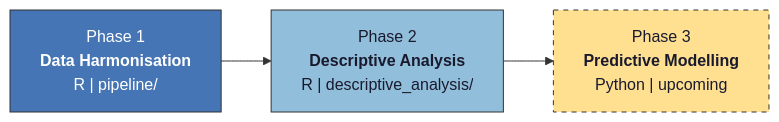
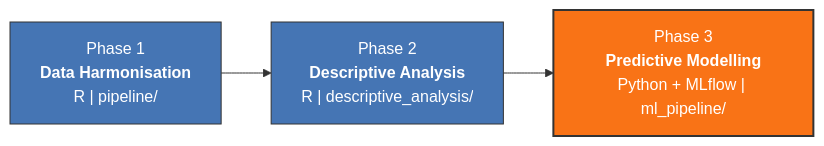
Before and after one commit to Audency/Predictive-modelling-stillbirths-neonatal-deaths-SSA: the diagram in README.md, drawn with Mermaid. The commit also changed other lines of this file, not shown here.

First line of the commit message:
README: move Phase 3 (Predictive Modelling) to In Progress with ml_pipeline/ + MLflow section

````diff
--- a/README.md
+++ b/README.md
@@ -51,8 +53,8 @@
 ```mermaid
 graph LR
     A["Phase 1<br/><b>Data Harmonisation</b><br/>R | pipeline/"] --> B["Phase 2<br/><b>Descriptive Analysis</b><br/>R | descriptive_analysis/"]
-    B --> C["Phase 3<br/><b>Predictive Modelling</b><br/>Python | upcoming"]
+    B --> C["Phase 3<br/><b>Predictive Modelling</b><br/>Python + MLflow | ml_pipeline/"]
     style A fill:#4575b4,color:#fff,stroke:#333
-    style B fill:#91bfdb,color:#1a1a2e,stroke:#333
-    style C fill:#fee090,color:#1a1a2e,stroke:#333,stroke-dasharray: 5 5
+    style B fill:#4575b4,color:#fff,stroke:#333
+    style C fill:#f97316,color:#fff,stroke:#333,stroke-width:2px
 ```
````
